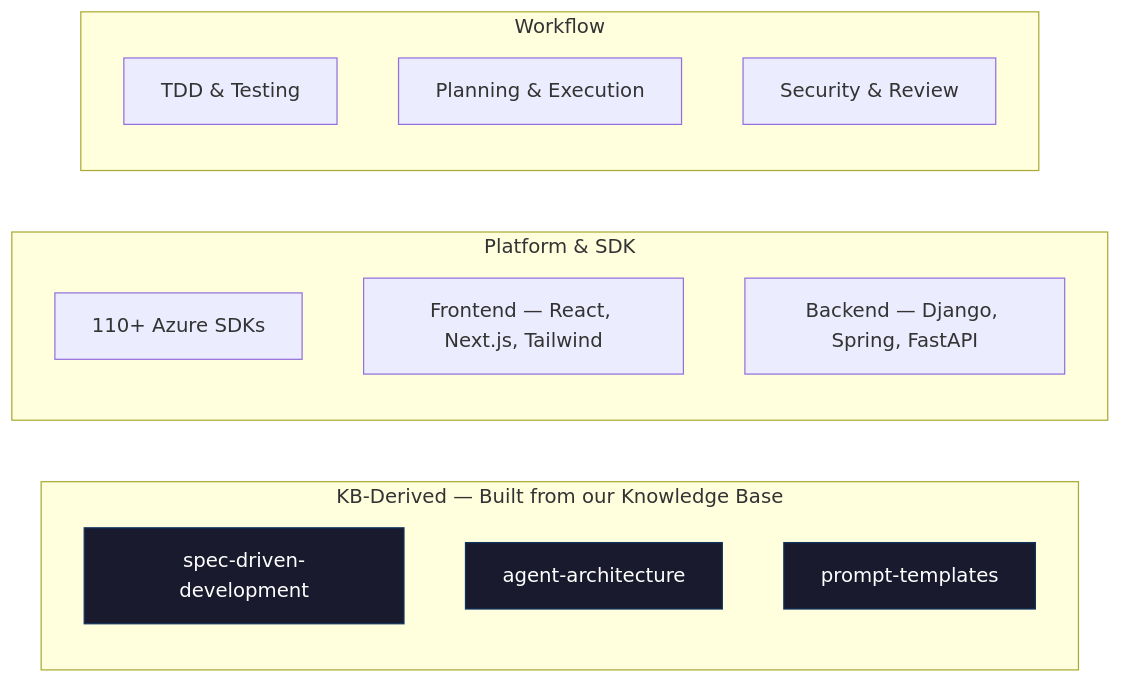
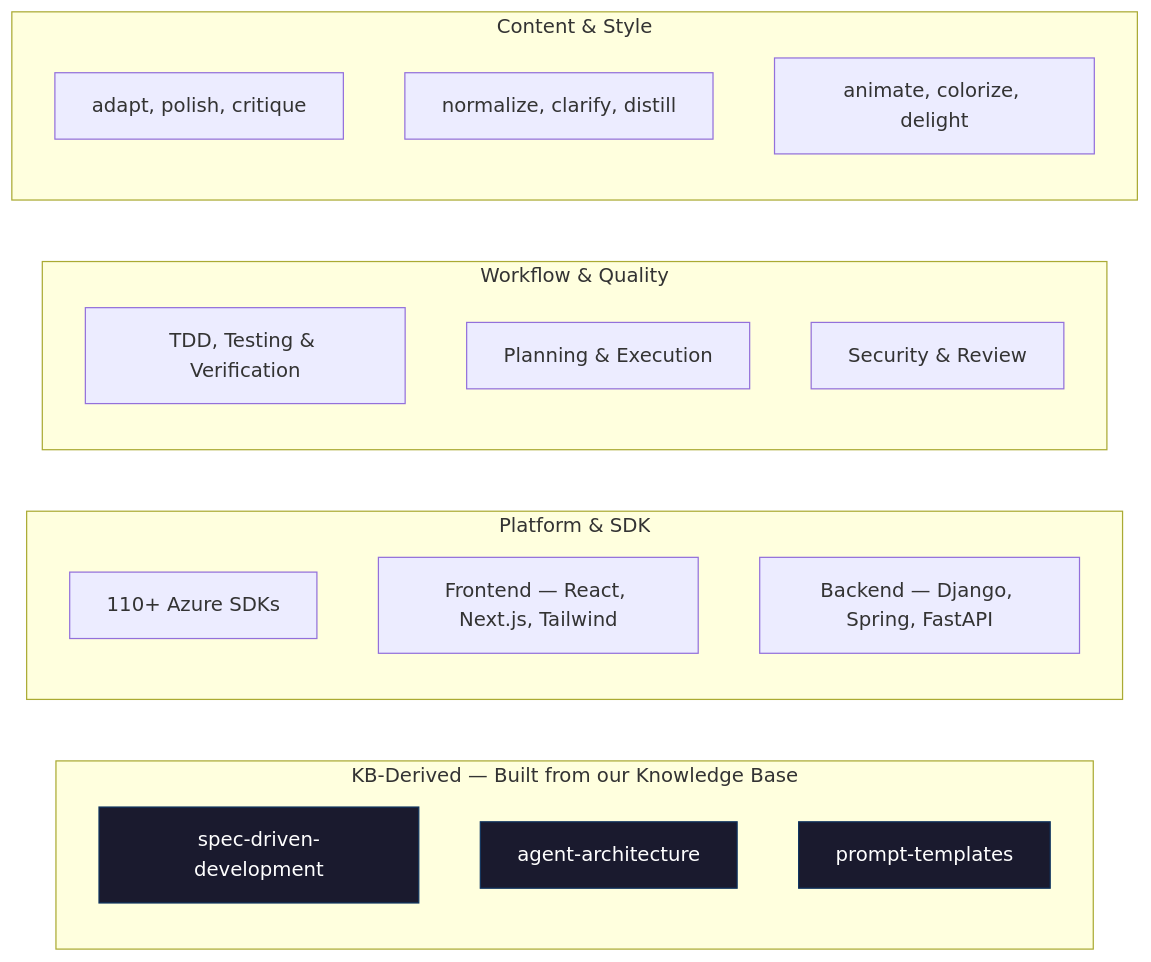
Before and after one commit to Elit3-X/elitex-skill-library: the second of 3 diagrams in README.md, drawn with Mermaid. The commit also changed other lines of this file and 243 other files, not shown here.

````diff
--- a/README.md
+++ b/README.md
@@ -86,24 +94,30 @@
 ```mermaid
 graph LR
     subgraph "KB-Derived — Built from our Knowledge Base"
         S1["spec-driven-development"]
         S2["agent-architecture"]
         S3["prompt-templates"]
     end
 
     subgraph "Platform & SDK"
         S4["110+ Azure SDKs"]
         S5["Frontend — React, Next.js, Tailwind"]
         S6["Backend — Django, Spring, FastAPI"]
     end
 
-    subgraph "Workflow"
-        S7["TDD & Testing"]
+    subgraph "Workflow & Quality"
+        S7["TDD, Testing & Verification"]
         S8["Planning & Execution"]
         S9["Security & Review"]
+    end
+
+    subgraph "Content & Style"
+        S10["adapt, polish, critique"]
+        S11["normalize, clarify, distill"]
+        S12["animate, colorize, delight"]
     end
 
     style S1 fill:#1a1a2e,stroke:#0f3460,color:#fff
     style S2 fill:#1a1a2e,stroke:#0f3460,color:#fff
     style S3 fill:#1a1a2e,stroke:#0f3460,color:#fff
 ```
````
